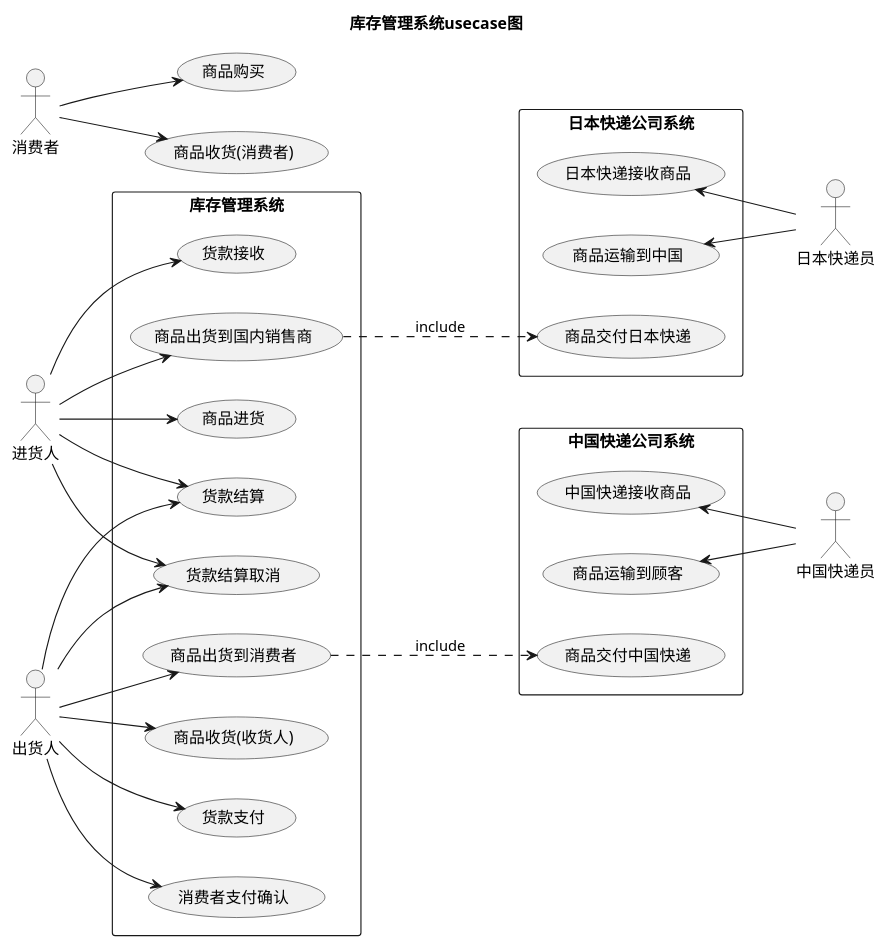
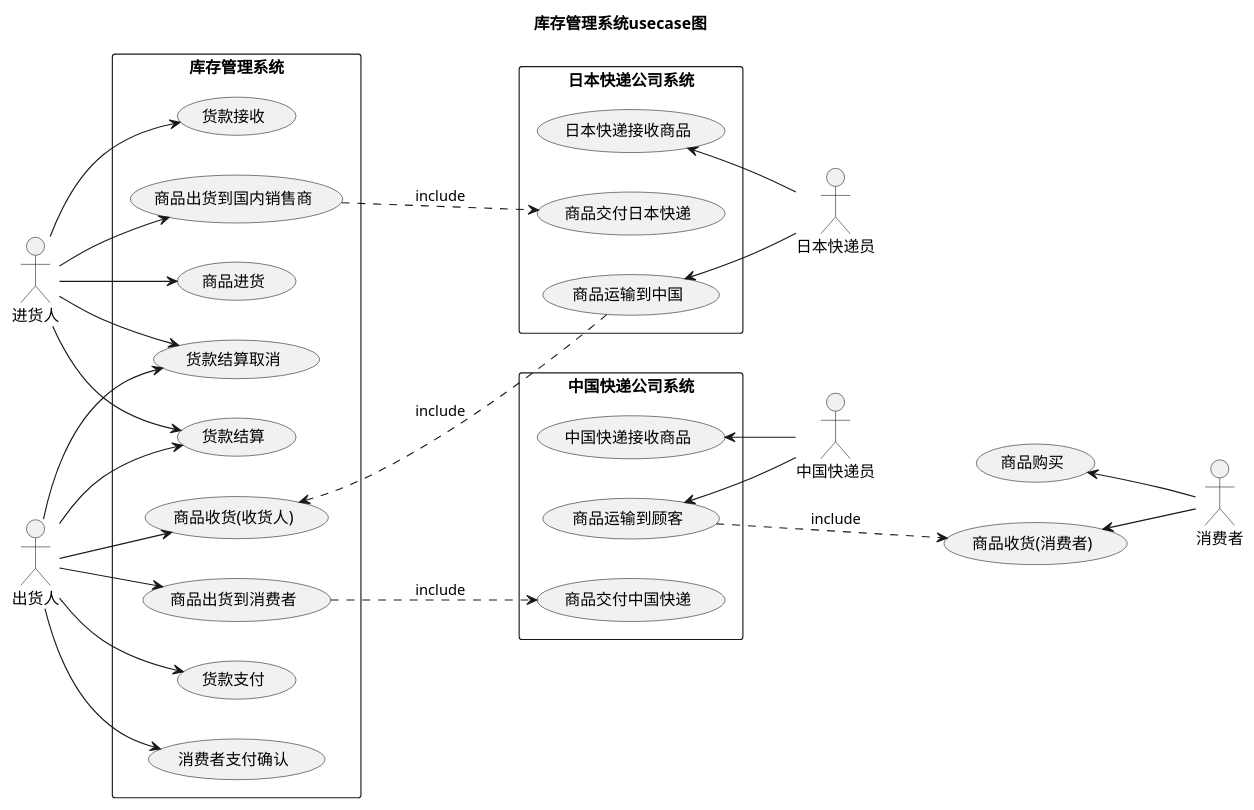
One commit to coolboy0961/inventory-control changed the diagram in desginDoc/resource/image/usecase.pu. Above: the diagram before and after it, drawn with PlantUML. The commit also changed 6 other files, not shown here.

```diff
--- a/desginDoc/resource/image/usecase.pu
+++ b/desginDoc/resource/image/usecase.pu
@@ -1,66 +1,68 @@
 @startuml
 left to right direction
 title 库存管理系统usecase图
 
 actor 进货人
 actor 出货人
 actor 消费者
 actor 中国快递员
 actor 日本快递员
 
 
 usecase "商品收货(消费者)" as GoodsReceiptConsumer
 
 usecase 商品购买
 
 
 rectangle 库存管理系统{
   usecase 货款结算
   usecase 商品出货到国内销售商
   usecase 消费者支付确认
   usecase 商品出货到消费者
   usecase 商品进货
   usecase "商品收货(收货人)" as GoodsReceiptConsignee
   usecase 货款结算取消
   usecase 货款支付
   usecase 货款接收
 }
 
 rectangle 日本快递公司系统{
   usecase 商品交付日本快递
   usecase 日本快递接收商品
   usecase 商品运输到中国
 }
 rectangle 中国快递公司系统{
   usecase 商品交付中国快递
   usecase 中国快递接收商品
   usecase 商品运输到顾客
 }
 
 'relationship'
 进货人 --> 商品进货
 进货人 --> 商品出货到国内销售商
 进货人 --> 货款结算
 进货人 --> 货款结算取消
 进货人 --> 货款接收
 
 日本快递员 -up-> 商品运输到中国
 日本快递员 -up-> 日本快递接收商品
 
 出货人 --> GoodsReceiptConsignee
 出货人 --> 商品出货到消费者
 出货人 --> 货款结算
 出货人 --> 消费者支付确认
 出货人 --> 货款结算取消
 出货人 --> 货款支付
 
 中国快递员 -up-> 商品运输到顾客
 中国快递员 -up-> 中国快递接收商品
 
-消费者 --> 商品购买
-消费者 --> GoodsReceiptConsumer
+消费者 -up-> 商品购买
+消费者 -up-> GoodsReceiptConsumer
 
 商品出货到国内销售商 -.-> 商品交付日本快递 : include
 商品出货到消费者 -.-> 商品交付中国快递 : include
+商品运输到中国 -.-> GoodsReceiptConsignee : include
+商品运输到顾客 -.-> GoodsReceiptConsumer :include
 
 @enduml
```
